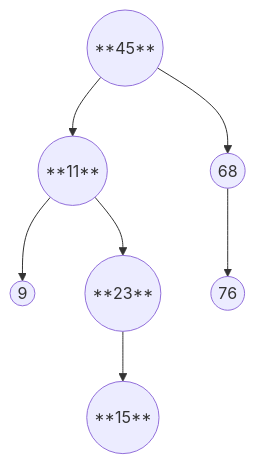
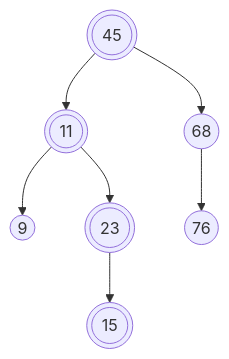
One commit to dmjcb/dmjcb.github.io changed the seventh of 13 diagrams in _posts/DataStructure/Tree/BinaryTree/2019-02-13-二叉排序树.md. Above: the diagram before and after it, drawn with Mermaid. The commit also changed other lines of this file and 78 other files, not shown here.

Commit message:
更新git部分图片;添加工作台图片

````diff
--- a/_posts/DataStructure/Tree/BinaryTree/2019-02-13-二叉排序树.md
+++ b/_posts/DataStructure/Tree/BinaryTree/2019-02-13-二叉排序树.md
@@ -159,11 +159,11 @@
 ```mermaid
 graph TB
-    N45((**45**))
-        N45-->N11((**11**))
+    N45(((45)))
+        N45-->N11(((11)))
             N11-->N9((9))
-            N11-->N23((**23**))
-            N23-->N15((**15**))
+            N11-->N23(((23)))
+            N23-->N15(((15)))
         N45-->N68((68))
             
             N68-->N76((76))
 ```
````
